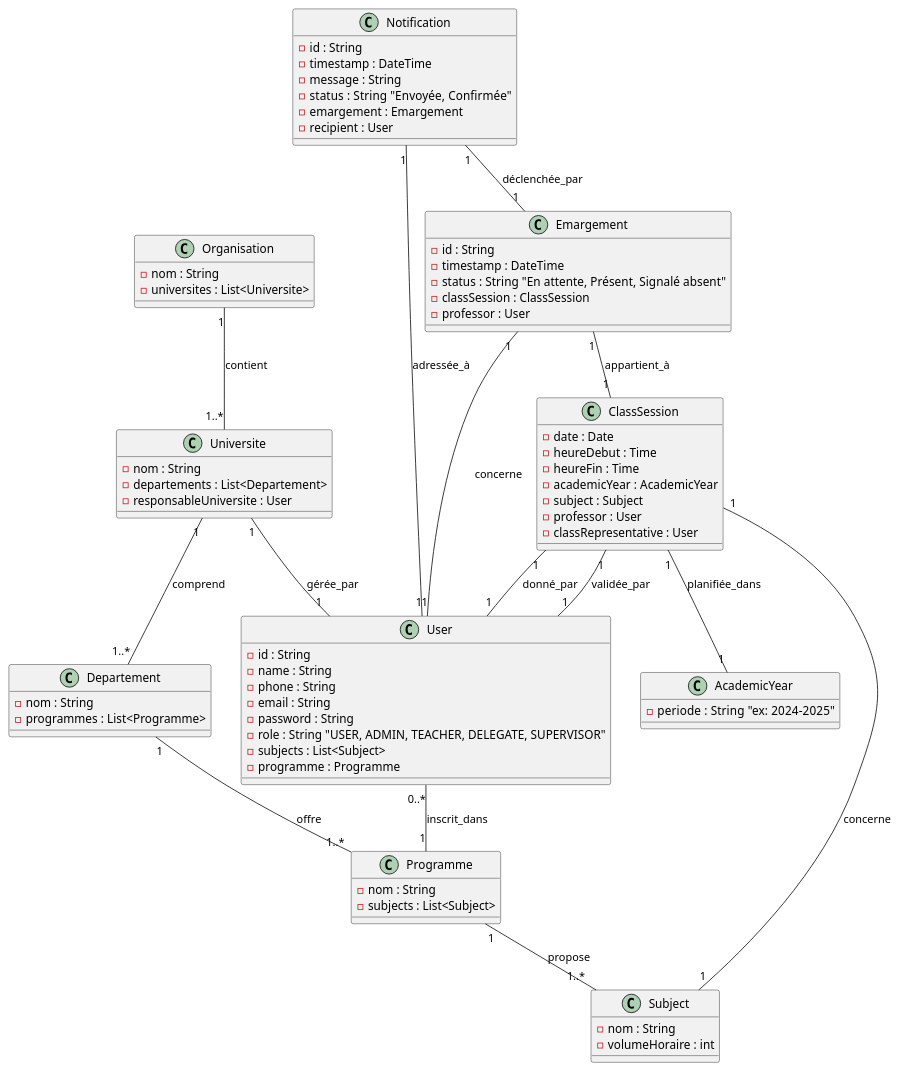
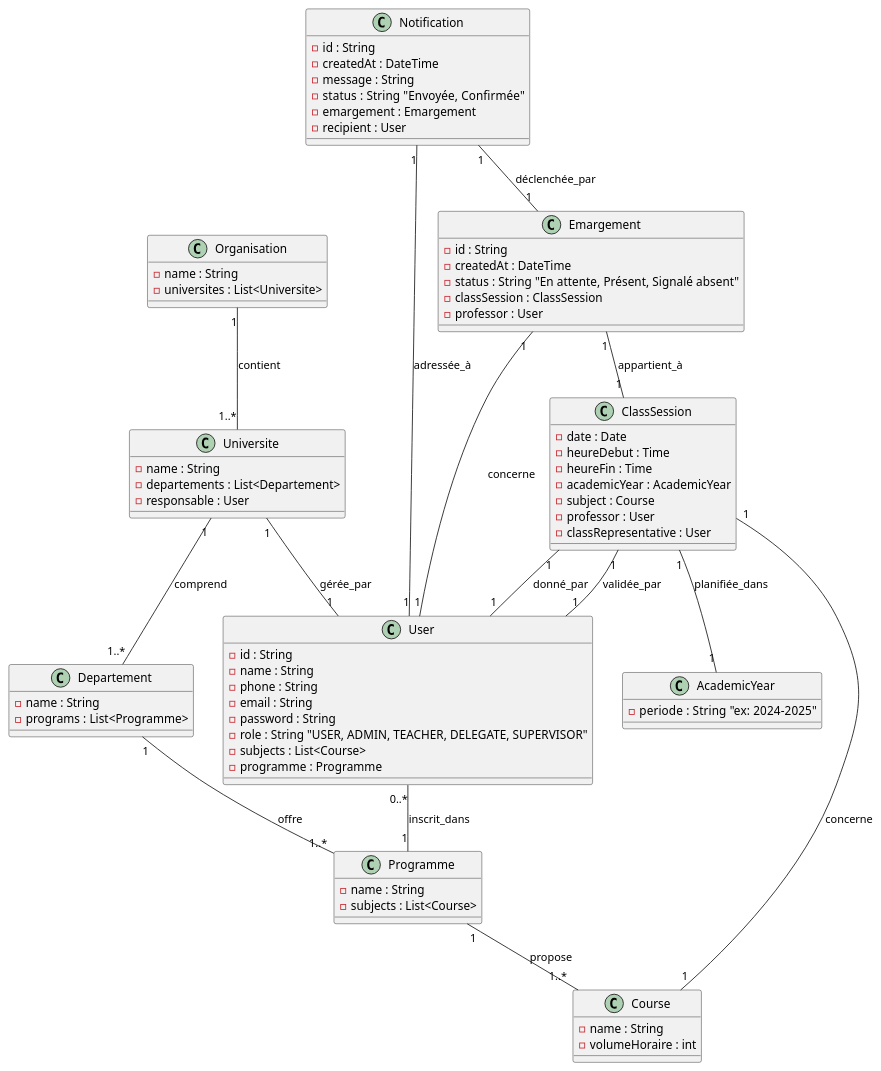
Before and after one commit to tiger-githubb/univ-check-api: the diagram in resources/schema.puml, drawn with PlantUML. The commit also changed 58 other files, not shown here.

```diff
--- a/resources/schema.puml
+++ b/resources/schema.puml
@@ -1,97 +1,98 @@
 @startuml
 ' *************** Entités de la structure de l'organisation ***************
 
 class Organisation {
-  - nom : String
+  - name : String
   - universites : List<Universite>
 }
 
 class Universite {
-  - nom : String
+  - name : String
   - departements : List<Departement>
-  - responsableUniversite : User
+  - responsable : User
 }
 
 class User {
   - id : String
   - name : String
   - phone : String
   - email : String
   - password : String
   - role : String "USER, ADMIN, TEACHER, DELEGATE, SUPERVISOR"
-  - subjects : List<Subject>
+  - subjects : List<Course>
   - programme : Programme
 }
 
 class Departement {
-  - nom : String
-  - programmes : List<Programme>
+  - name : String
+  - programs : List<Programme>
 }
 
 class Programme {
-  - nom : String
-  - subjects : List<Subject>
+  - name : String
+  - subjects : List<Course>
 }
 
 class AcademicYear {
   - periode : String  "ex: 2024-2025"
 }
 
-class Subject {
-  - nom : String
+' **** Cours ou Matière ****
+class Course {
+  - name : String
   - volumeHoraire : int
 }
 
 ' *************** Entités liées aux cours et à l'émargement ***************
 
 class ClassSession {
   - date : Date
   - heureDebut : Time
   - heureFin : Time
   - academicYear : AcademicYear
-  - subject : Subject
+  - subject : Course
   - professor : User
   - classRepresentative : User
 }
 
 ' *************** Autres entités ***************
 
 class Emargement {
   - id : String
-  - timestamp : DateTime
+  - createdAt : DateTime
   - status : String  "En attente, Présent, Signalé absent"
   - classSession : ClassSession
   - professor : User
 }
 
 class Notification {
   - id : String
-  - timestamp : DateTime
+  - createdAt : DateTime
   - message : String
   - status : String  "Envoyée, Confirmée"
   - emargement : Emargement
   - recipient : User
 }
 
 ' *************** Associations ***************
 
 Organisation "1" -- "1..*" Universite : contient
 Universite "1" -- "1..*" Departement : comprend
 Departement "1" -- "1..*" Programme : offre
-Programme "1" -- "1..*" Subject : propose
+Programme "1" -- "1..*" Course : propose
 Universite "1" -- "1" User : gérée_par
 
 ClassSession "1" -- "1" AcademicYear : planifiée_dans
-ClassSession "1" -- "1" Subject : concerne
+ClassSession "1" -- "1" Course : concerne
 ClassSession "1" -- "1" User : donné_par
 ClassSession "1" -- "1" User : validée_par
 
 Emargement "1" -- "1" ClassSession : appartient_à
 Emargement "1" -- "1" User : concerne
 
 Notification "1" -- "1" Emargement : déclenchée_par
 Notification "1" -- "1" User : adressée_à
 
 User "0..*" -- "1" Programme : inscrit_dans
 
 @enduml
```
